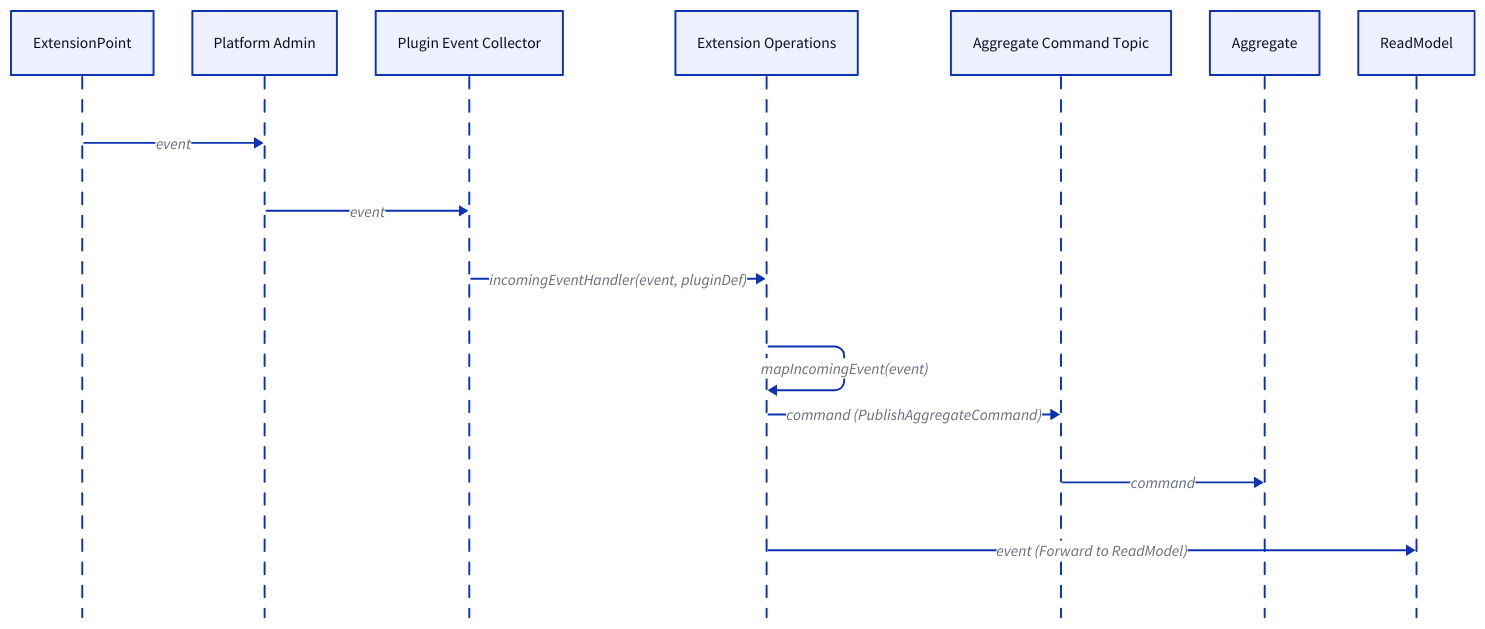
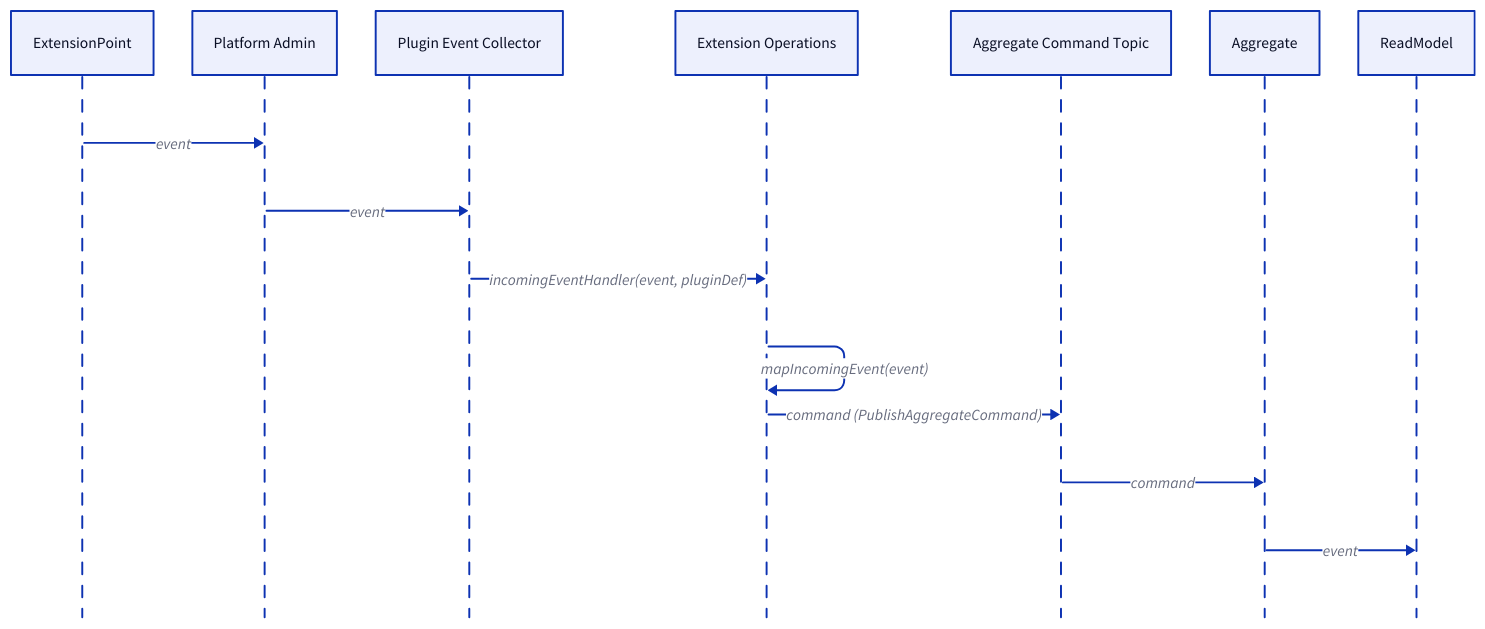
The third of 4 diagrams in packages/doc/docs-app/components/extension.md (ReventlessDev/reventless-core), drawn with D2 before and after one commit. The commit also changed other lines of this file and 28 other files, not shown here.

````diff
--- a/packages/doc/docs-app/components/extension.md
+++ b/packages/doc/docs-app/components/extension.md
@@ -362,19 +382,19 @@
 ```d2
 shape: sequence_diagram
 
 EP: ExtensionPoint { class: extension-point }
 Admin: Platform Admin { class: external-system }
 EC: Plugin Event Collector { class: event-collector }
 ExtOps: Extension Operations { class: extension }
 AggCT: Aggregate Command Topic { class: command-topic }
 Agg: Aggregate { class: aggregate }
 RM: ReadModel { class: read-model }
 
 EP -> Admin: event
 Admin -> EC: event
 EC -> ExtOps: "incomingEventHandler(event, pluginDef)"
 ExtOps -> ExtOps: "mapIncomingEvent(event)"
 ExtOps -> AggCT: "command (PublishAggregateCommand)"
 AggCT -> Agg: command
-ExtOps -> RM: "event (Forward to ReadModel)"
+Agg -> RM: event
 ```
````
